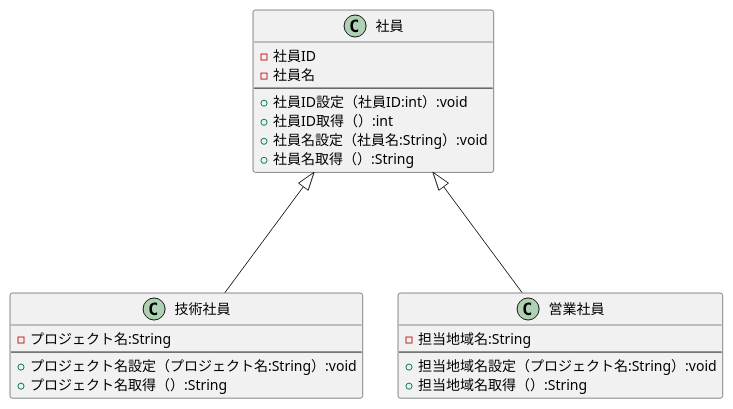
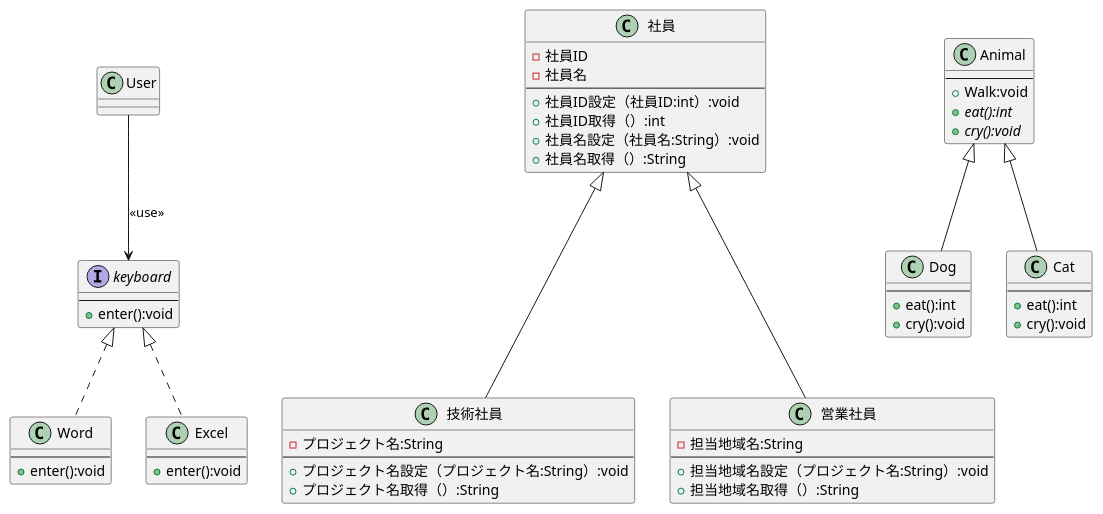
The diagram in 図3-3_継承_抽象_インターフェース.pu (orenouserNamehaKawamura1/uml-introduction), drawn with PlantUML before and after one commit. The commit also changed 1 other file, not shown here.

```diff
--- a/図3-3_継承_抽象_インターフェース.pu
+++ b/図3-3_継承_抽象_インターフェース.pu
@@ -1,25 +1,63 @@
 @startuml
 class 社員{
     - 社員ID
     - 社員名
     ---
     + 社員ID設定（社員ID:int）:void
     + 社員ID取得（）:int
     + 社員名設定（社員名:String）:void
     + 社員名取得（）:String
     }
     class 技術社員{
         - プロジェクト名:String
         ---
         + プロジェクト名設定（プロジェクト名:String）:void
         + プロジェクト名取得（）:String
     }
     class 営業社員{
         - 担当地域名:String
         ---
         + 担当地域名設定（プロジェクト名:String）:void
         + 担当地域名取得（）:String
     }
     社員<|--down- 技術社員
     社員<|--down- 営業社員
+
+    class Animal {
+    ---
+    + Walk:void
+    + {abstract} eat():int
+    + {abstract} cry():void
+    }
+    class Dog {
+    ---
+    + eat():int
+    + cry():void
+    }
+    class Cat {
+    ---
+    + eat():int
+    + cry():void
+    }
+    Animal <|-down- Dog
+    Animal <|-down- Cat
+    
+    class Word {
+    ---
+    + enter():void
+    }
+    class Excel {
+    ---
+    + enter():void
+    }
+    interface keyboard {
+    ' <<interface>>
+    ---
+    + enter():void
+    }
+    keyboard <|.. Word
+    keyboard <|.. Excel
+    class User {
+    }
+    keyboard <-up- User:<< use >>
 @enduml
```
